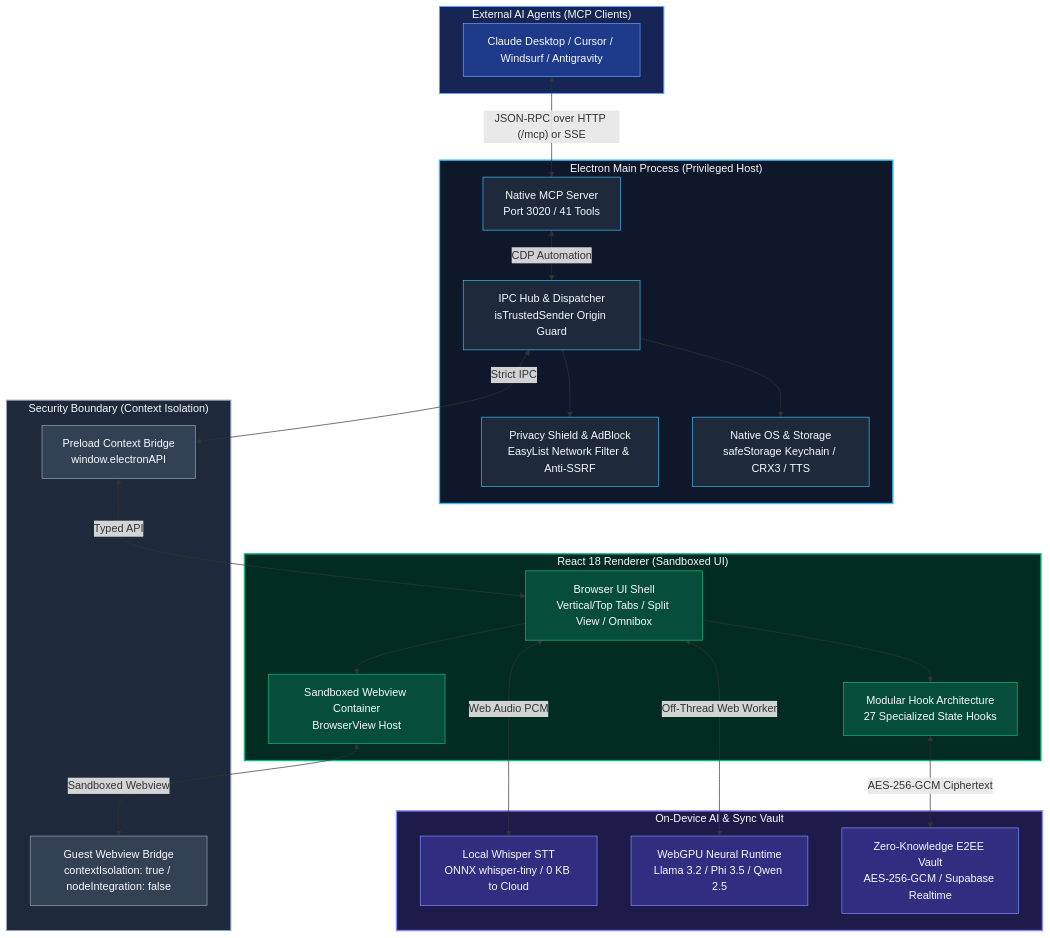
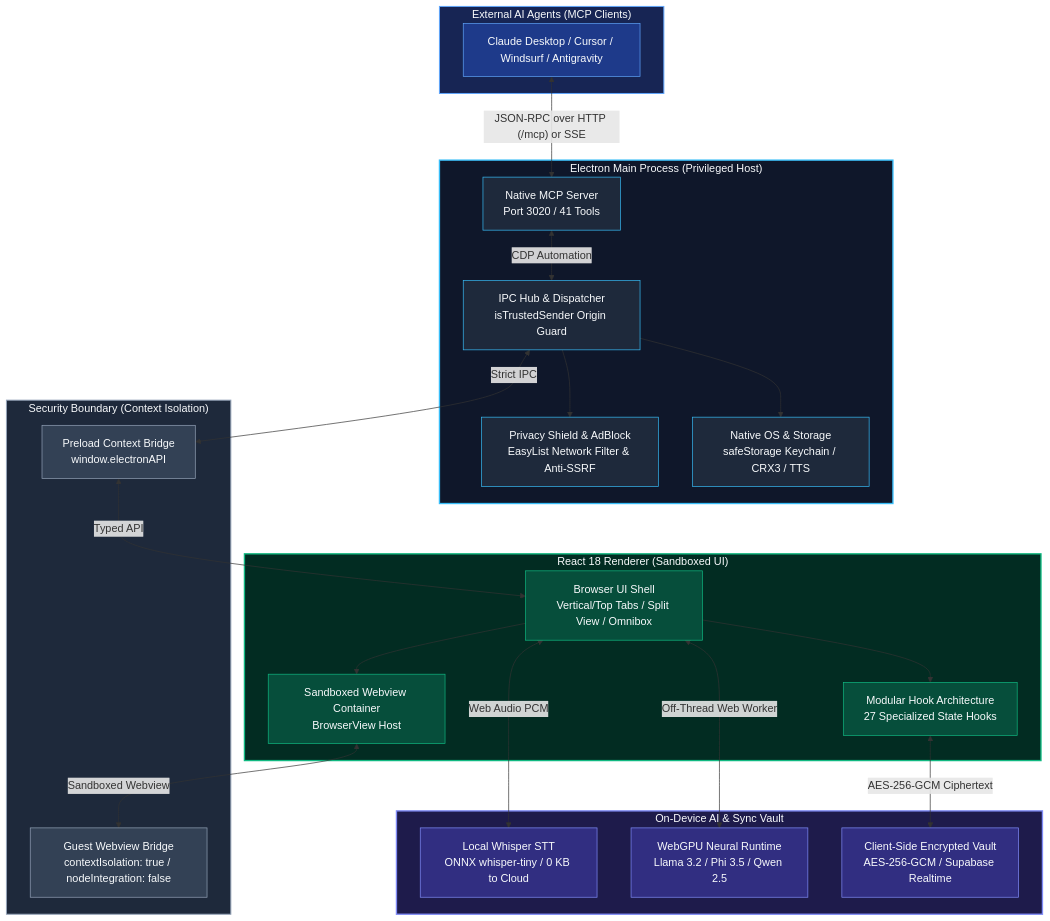
The diagram in README.md (MOT1209/King_Browser), drawn with Mermaid before and after one commit. The commit also changed other lines of this file, not shown here.

First line of the commit message:
docs(readme): replace inaccurate zero-knowledge sync claim

````diff
--- a/README.md
+++ b/README.md
@@ -660,69 +660,69 @@
 ```mermaid
 flowchart TB
     subgraph Clients["External AI Agents (MCP Clients)"]
         agentClient["Claude Desktop / Cursor / Windsurf / Antigravity"]
     end
 
     subgraph Main["Electron Main Process (Privileged Host)"]
         mcp["Native MCP Server<br/>Port 3020 / 41 Tools"]
         ipcMain["IPC Hub & Dispatcher<br/>isTrustedSender Origin Guard"]
         netShield["Privacy Shield & AdBlock<br/>EasyList Network Filter & Anti-SSRF"]
         osBridge["Native OS & Storage<br/>safeStorage Keychain / CRX3 / TTS"]
     end
 
     subgraph Boundary["Security Boundary (Context Isolation)"]
         preloadAPI["Preload Context Bridge<br/>window.electronAPI"]
         guestPreload["Guest Webview Bridge<br/>contextIsolation: true / nodeIntegration: false"]
     end
 
     subgraph Renderer["React 18 Renderer (Sandboxed UI)"]
         uiShell["Browser UI Shell<br/>Vertical/Top Tabs / Split View / Omnibox"]
         hookEngine["Modular Hook Architecture<br/>27 Specialized State Hooks"]
         viewHost["Sandboxed Webview Container<br/>BrowserView Host"]
     end
 
     subgraph Neural["On-Device AI & Sync Vault"]
         whisperEngine["Local Whisper STT<br/>ONNX whisper-tiny / 0 KB to Cloud"]
         webgpuEngine["WebGPU Neural Runtime<br/>Llama 3.2 / Phi 3.5 / Qwen 2.5"]
-        syncVault["Zero-Knowledge E2EE Vault<br/>AES-256-GCM / Supabase Realtime"]
+        syncVault["Client-Side Encrypted Vault<br/>AES-256-GCM / Supabase Realtime"]
     end
 
     agentClient <-->|"JSON-RPC over HTTP (/mcp) or SSE"| mcp
     mcp <-->|"CDP Automation"| ipcMain
     ipcMain <-->|"Strict IPC"| preloadAPI
     preloadAPI <-->|"Typed API"| uiShell
     ipcMain --> netShield
     ipcMain --> osBridge
 
     uiShell --> hookEngine
     uiShell --> viewHost
     viewHost <-->|"Sandboxed Webview"| guestPreload
 
     uiShell <-->|"Web Audio PCM"| whisperEngine
     uiShell <-->|"Off-Thread Web Worker"| webgpuEngine
     hookEngine <-->|"AES-256-GCM Ciphertext"| syncVault
 
     style Main fill:#0f172a,stroke:#38bdf8,stroke-width:2px,color:#f8fafc
     style Boundary fill:#1e293b,stroke:#94a3b8,stroke-width:1.5px,color:#f8fafc
     style Renderer fill:#022c22,stroke:#10b981,stroke-width:2px,color:#f8fafc
     style Neural fill:#1e1b4b,stroke:#818cf8,stroke-width:2px,color:#f8fafc
     style Clients fill:#172554,stroke:#60a5fa,stroke-width:1.5px,color:#f8fafc
 
     style mcp fill:#1e293b,stroke:#38bdf8,stroke-width:1px,color:#f8fafc
     style ipcMain fill:#1e293b,stroke:#38bdf8,stroke-width:1px,color:#f8fafc
     style netShield fill:#1e293b,stroke:#38bdf8,stroke-width:1px,color:#f8fafc
     style osBridge fill:#1e293b,stroke:#38bdf8,stroke-width:1px,color:#f8fafc
 
     style preloadAPI fill:#334155,stroke:#94a3b8,stroke-width:1px,color:#f8fafc
     style guestPreload fill:#334155,stroke:#94a3b8,stroke-width:1px,color:#f8fafc
 
     style uiShell fill:#064e3b,stroke:#10b981,stroke-width:1px,color:#f8fafc
     style hookEngine fill:#064e3b,stroke:#10b981,stroke-width:1px,color:#f8fafc
     style viewHost fill:#064e3b,stroke:#10b981,stroke-width:1px,color:#f8fafc
 
     style whisperEngine fill:#312e81,stroke:#818cf8,stroke-width:1px,color:#f8fafc
     style webgpuEngine fill:#312e81,stroke:#818cf8,stroke-width:1px,color:#f8fafc
     style syncVault fill:#312e81,stroke:#818cf8,stroke-width:1px,color:#f8fafc
 
     style agentClient fill:#1e3a8a,stroke:#60a5fa,stroke-width:1px,color:#f8fafc
 ```
````
